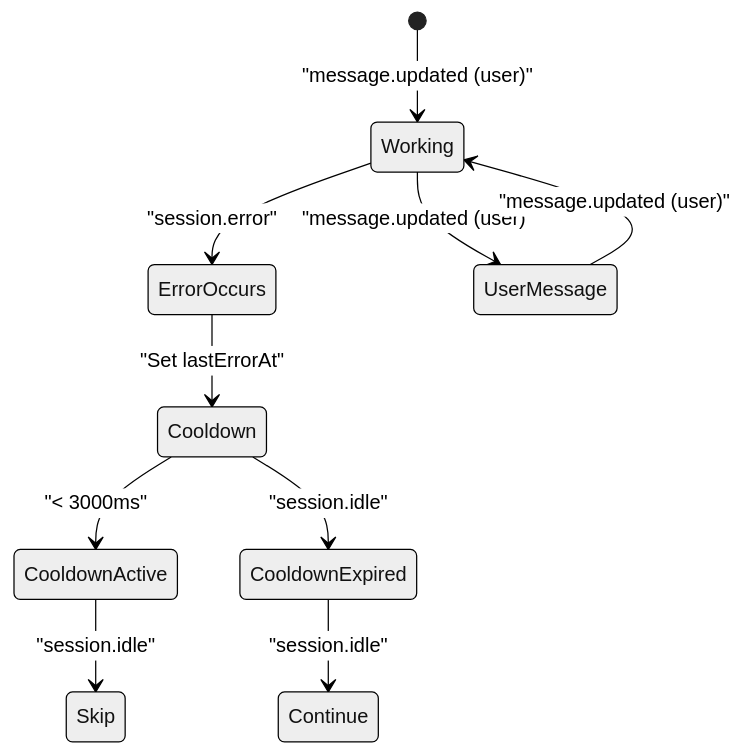
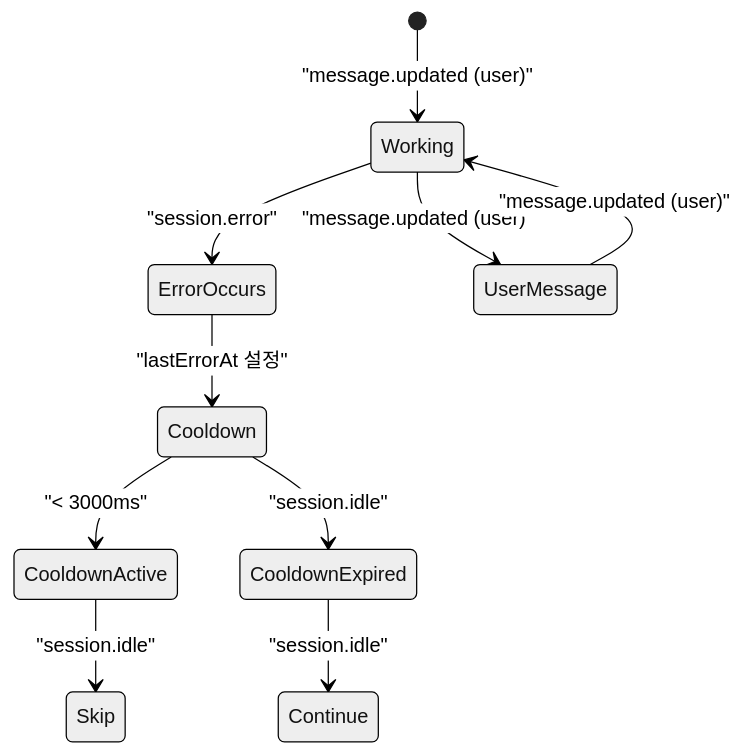
Before and after one commit to felipetruman/oh-my-opencode-docs: the fifth of 5 diagrams in docs/agents/todo-management.md, drawn with Mermaid (neutral theme). The commit also changed other lines of this file and 76 other files, not shown here.

````diff
--- a/docs/agents/todo-management.md
+++ b/docs/agents/todo-management.md
@@ -298,12 +298,12 @@
 ```mermaid
 stateDiagram-v2
     [*] --> Working : "message.updated (user)"
     Working --> ErrorOccurs : "session.error"
-    ErrorOccurs --> Cooldown : "Set lastErrorAt"
+    ErrorOccurs --> Cooldown : "lastErrorAt 설정"
     Cooldown --> CooldownActive : "< 3000ms"
     Cooldown --> CooldownExpired : "session.idle"
     CooldownActive --> Skip : "session.idle"
     CooldownExpired --> Continue : "session.idle"
     Working --> UserMessage : "message.updated (user)"
     UserMessage --> Working : "message.updated (user)"
 ```
````
